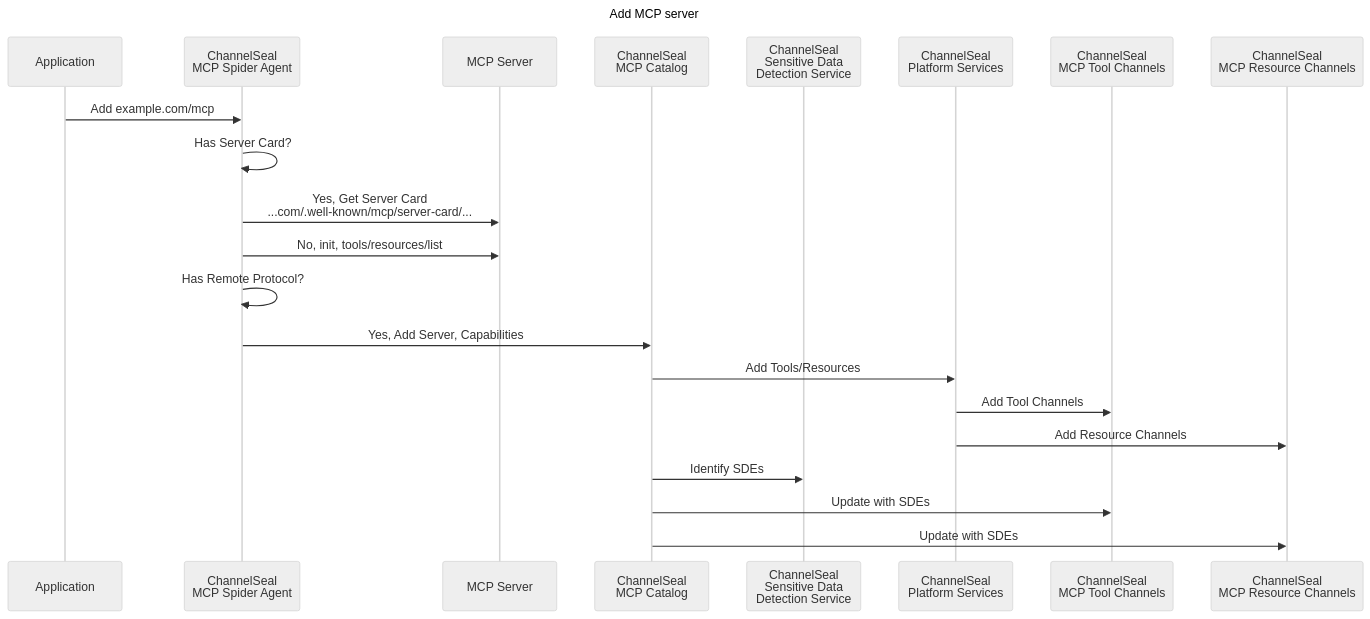
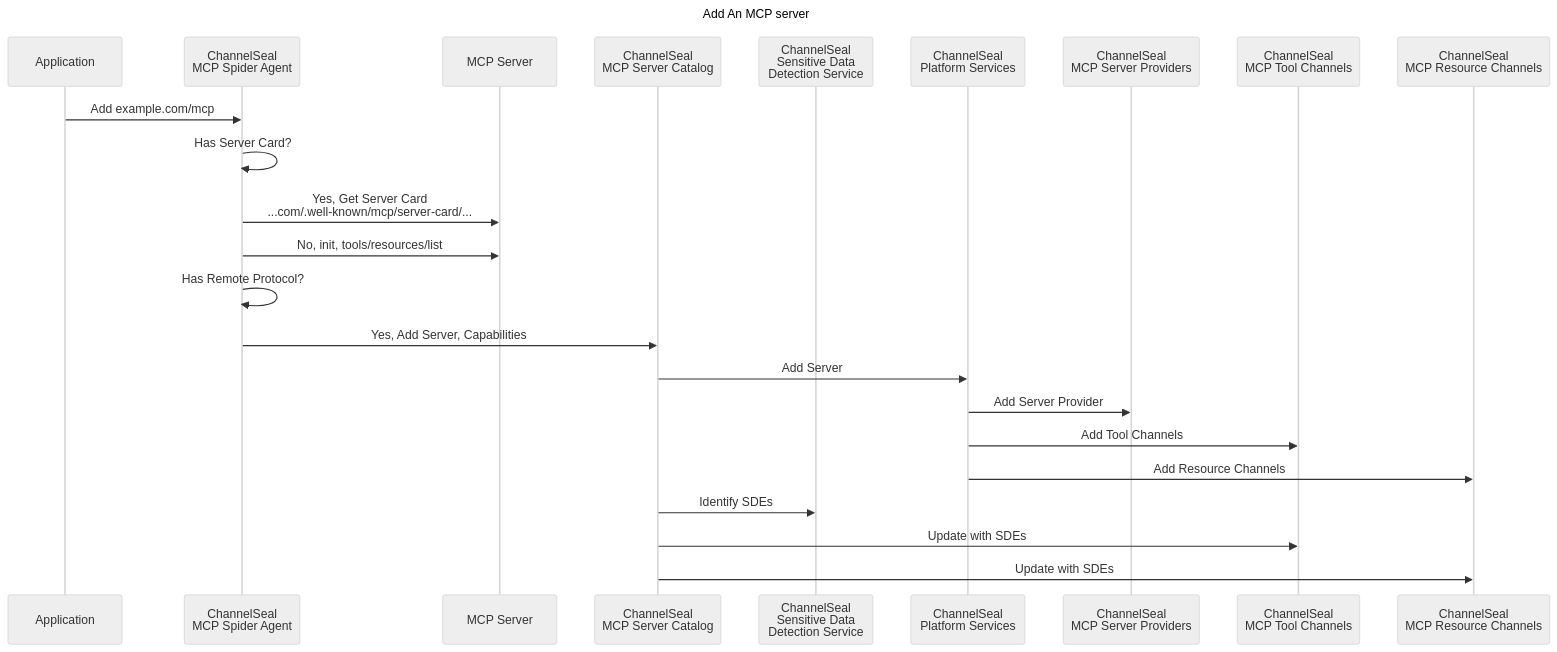
Before and after one commit to sdatapix/tinkering: the seventh of 8 diagrams in mcp/mcp-index/README.md, drawn with Mermaid (neutral theme). The commit also changed other lines of this file, not shown here.

````diff
--- a/mcp/mcp-index/README.md
+++ b/mcp/mcp-index/README.md
@@ -841,28 +841,30 @@
 ```mermaid
 ---
-title: Add MCP server
+title: Add An MCP server
 ---
 sequenceDiagram
 
     participant A as Application
     participant CSA as ChannelSeal <br>MCP Spider Agent
     participant MS as MCP Server
-    participant CMC as ChannelSeal <br>MCP Catalog
+    participant CMC as ChannelSeal <br>MCP Server Catalog
     participant CSDS as ChannelSeal <br>Sensitive Data <br>Detection Service
     participant CPS as ChannelSeal <br>Platform Services
+    participant CMSP as ChannelSeal <br>MCP Server Providers
     participant CMTC as ChannelSeal <br>MCP Tool Channels
     participant CMRC as ChannelSeal <br>MCP Resource Channels
     
     A->>CSA: Add example.com/mcp
     CSA->>CSA: Has Server Card?
     CSA->>MS: Yes, Get Server Card <br>...com/.well-known/mcp/server-card/...
     CSA->>MS: No, init, tools/resources/list
     CSA->>CSA: Has Remote Protocol?
     CSA->>CMC: Yes, Add Server, Capabilities
-    CMC->>CPS: Add Tools/Resources
+    CMC->>CPS: Add Server
+    CPS->>CMSP: Add Server Provider
     CPS->>CMTC: Add Tool Channels
     CPS->>CMRC: Add Resource Channels
     CMC->>CSDS: Identify SDEs
     CMC->>CMTC: Update with SDEs
     CMC->>CMRC: Update with SDEs
 ```
````
